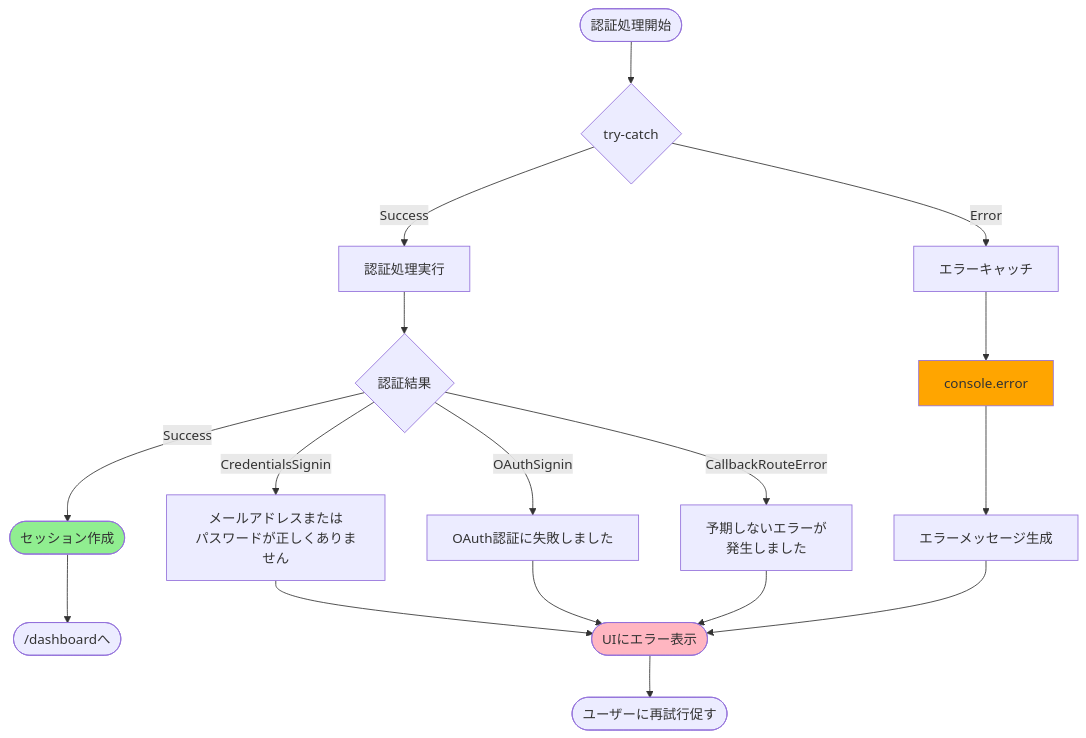
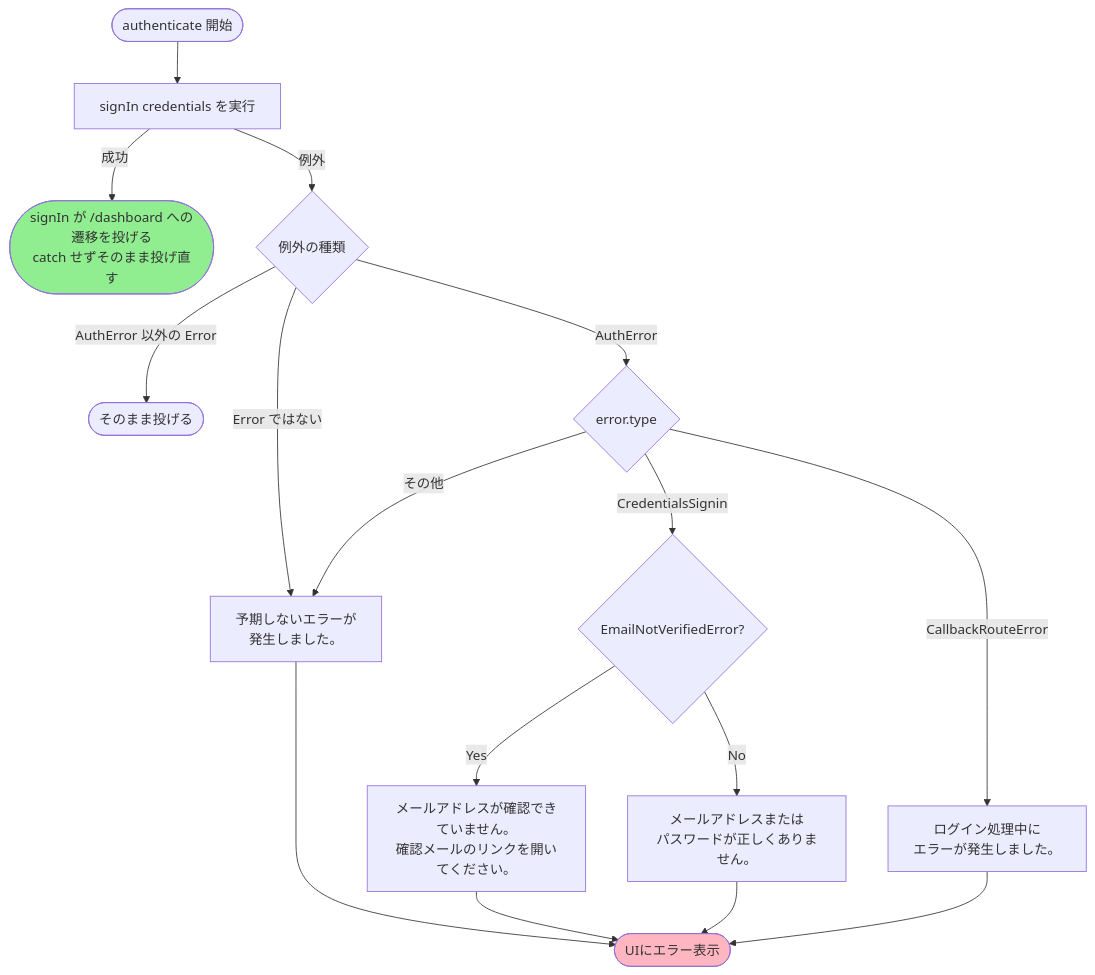
Before and after one commit to kazumadev619-dev/FishingConditionsApp: diagram 11 of 11 in docs/reference/authentication-diagrams.md, drawn with Mermaid. The commit also changed other lines of this file and 6 other files, not shown here.

````diff
--- a/docs/reference/authentication-diagrams.md
+++ b/docs/reference/authentication-diagrams.md
@@ -459,29 +468,25 @@
 ```mermaid
 flowchart TD
-    Start([認証処理開始]) --> TryCatch{try-catch}
+    Start([authenticate 開始]) --> SignIn[signIn credentials を実行]
 
-    TryCatch -->|Success| ProcessAuth[認証処理実行]
-    TryCatch -->|Error| CatchError[エラーキャッチ]
+    SignIn -->|成功| Redirect(["signIn が /dashboard への遷移を投げる<br/>catch せずそのまま投げ直す"])
+    SignIn -->|例外| Kind{例外の種類}
 
-    ProcessAuth --> AuthResult{認証結果}
+    Kind -->|Error ではない| Error0[予期しないエラーが<br/>発生しました。]
+    Kind -->|AuthError 以外の Error| Rethrow([そのまま投げる])
+    Kind -->|AuthError| Type{error.type}
 
-    AuthResult -->|Success| CreateSession([セッション作成])
-    AuthResult -->|CredentialsSignin| Error1[メールアドレスまたは<br/>パスワードが正しくありません]
-    AuthResult -->|OAuthSignin| Error2[OAuth認証に失敗しました]
-    AuthResult -->|CallbackRouteError| Error3[予期しないエラーが<br/>発生しました]
+    Type -->|CredentialsSignin| Unverified{EmailNotVerifiedError?}
+    Unverified -->|Yes| Error1[メールアドレスが確認できていません。<br/>確認メールのリンクを開いてください。]
+    Unverified -->|No| Error2[メールアドレスまたは<br/>パスワードが正しくありません。]
+    Type -->|CallbackRouteError| Error3[ログイン処理中に<br/>エラーが発生しました。]
+    Type -->|その他| Error0
 
-    CatchError --> LogError[console.error]
-    LogError --> Error4[エラーメッセージ生成]
-
-    Error1 --> DisplayError([UIにエラー表示])
+    Error0 --> DisplayError([UIにエラー表示])
+    Error1 --> DisplayError
     Error2 --> DisplayError
     Error3 --> DisplayError
-    Error4 --> DisplayError
 
-    DisplayError --> RetryPrompt([ユーザーに再試行促す])
-    CreateSession --> Dashboard([/dashboardへ])
-
-    style CreateSession fill:#90EE90
+    style Redirect fill:#90EE90
     style DisplayError fill:#FFB6C1
-    style LogError fill:#FFA500
 ```
````
